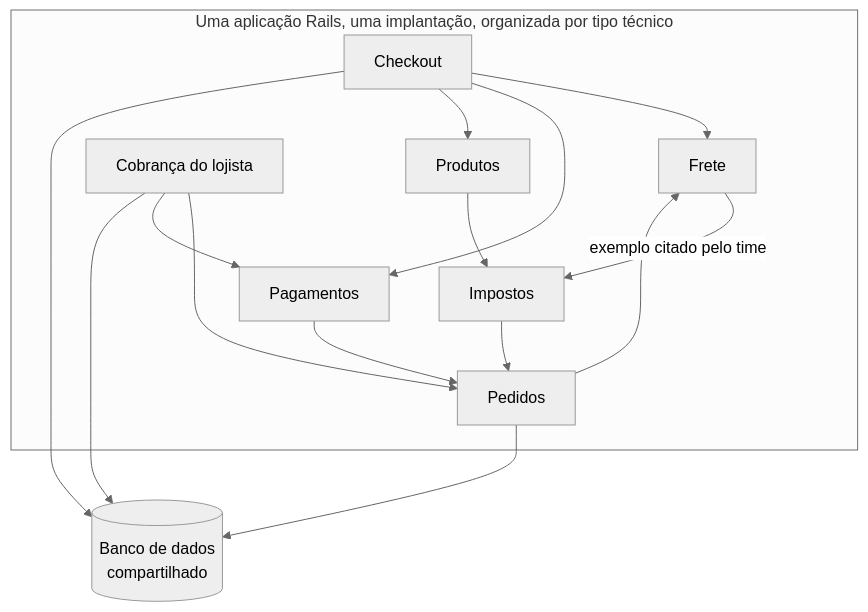
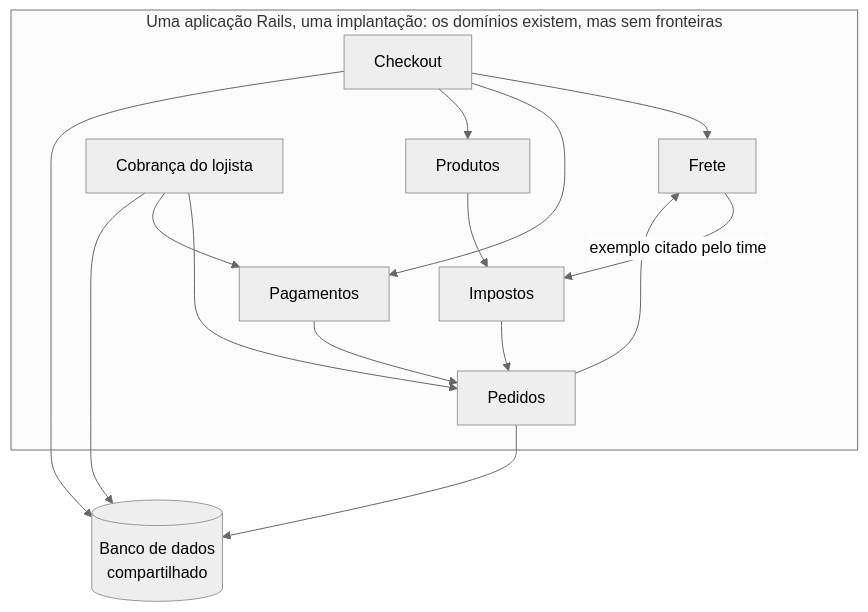
One commit to marquesbmc/Curso-Tecnicas-Avancadas-Programacao changed the first of 4 diagrams in AULA 07 - trabalho-pratico-decisoes-arquiteturais/03-dossie-B-shopify.md. Above: the diagram before and after it, drawn with Mermaid (neutral theme). The commit also changed other lines of this file and 4 other files, not shown here.

First line of the commit message:
Revisa AULA 07: links, pergunta guia e rótulos dos diagramas

````diff
--- a/AULA 07 - trabalho-pratico-decisoes-arquiteturais/03-dossie-B-shopify.md
+++ b/AULA 07 - trabalho-pratico-decisoes-arquiteturais/03-dossie-B-shopify.md
@@ -54,18 +54,18 @@
 ```mermaid
 graph TD
-    subgraph APP ["Uma aplicação Rails, uma implantação, organizada por tipo técnico"]
+    subgraph APP ["Uma aplicação Rails, uma implantação: os domínios existem, mas sem fronteiras"]
         CK["Checkout"] --> FR["Frete"]
         FR -->|"exemplo citado pelo time"| IM["Impostos"]
         CK --> PG["Pagamentos"]
         PG --> PE["Pedidos"]
         PE --> FR
         IM --> PE
         CO["Cobrança do lojista"] --> PE
         CK --> PR["Produtos"]
         PR --> IM
         CO --> PG
     end
     CK --> DB[("Banco de dados<br/>compartilhado")]
     PE --> DB
     CO --> DB
 ```
````
